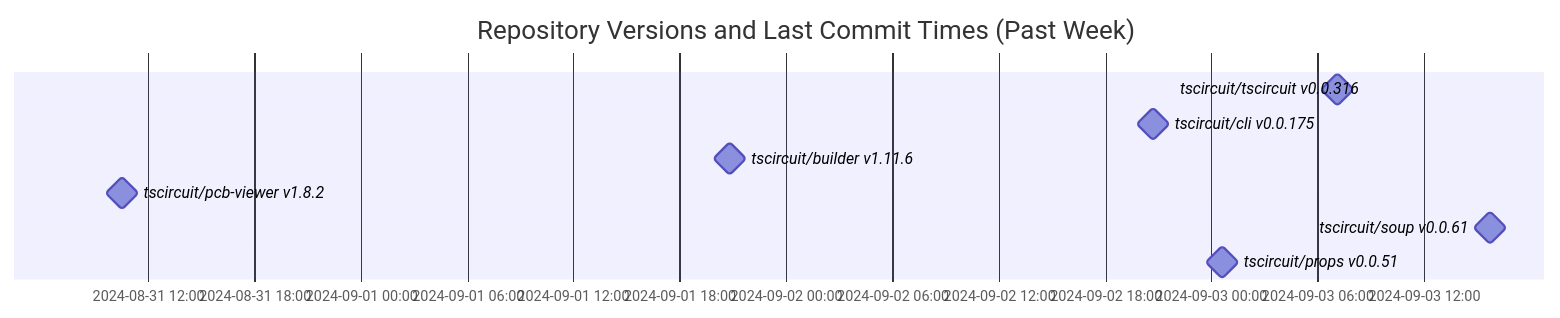
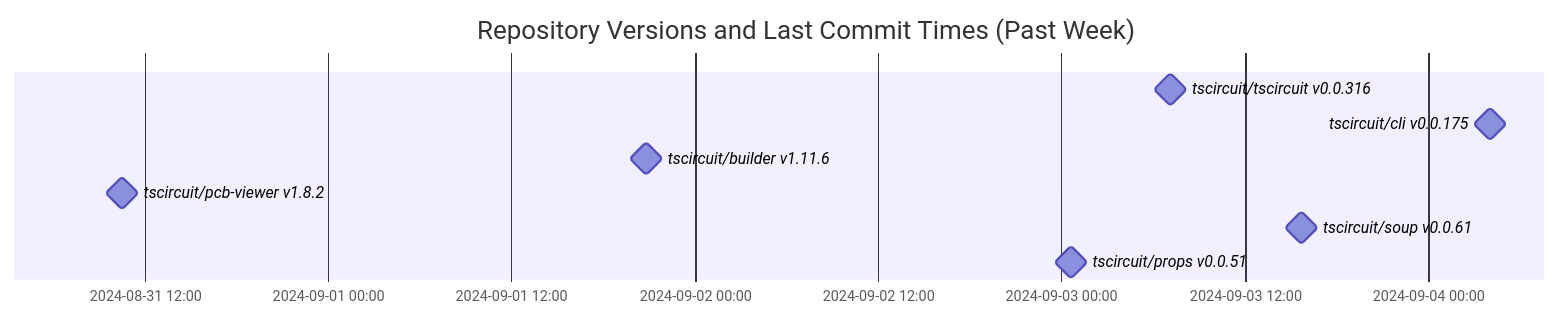
One commit to tscircuit/version-tracker changed the diagram in README.md. Above: the diagram before and after it, drawn with Mermaid.

Commit message:
Update chart

````diff
--- a/README.md
+++ b/README.md
@@ -1,13 +1,13 @@
 ```mermaid
 gantt
   dateFormat  YYYY-MM-DD HH:mm:ss
   title Repository Versions and Last Commit Times (Past Week)
   axisFormat %Y-%m-%d %H:%M
 
   tscircuit/tscircuit v0.0.316 : milestone, 2024-09-03 07:07:11, 1s
-  tscircuit/cli v0.0.175 : milestone, 2024-09-02 20:42:15, 1s
+  tscircuit/cli v0.0.175 : milestone, 2024-09-04 04:03:06, 1s
   tscircuit/builder v1.11.6 : milestone, 2024-09-01 20:47:46, 1s
   tscircuit/pcb-viewer v1.8.2 : milestone, 2024-08-31 10:30:56, 1s
   tscircuit/soup v0.0.61 : milestone, 2024-09-03 15:44:43, 1s
   tscircuit/props v0.0.51 : milestone, 2024-09-03 00:38:45, 1s
 ```
````
